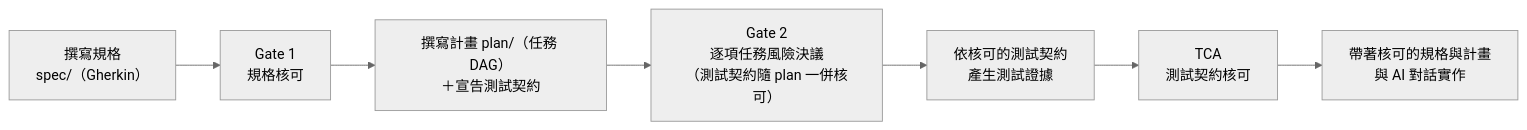
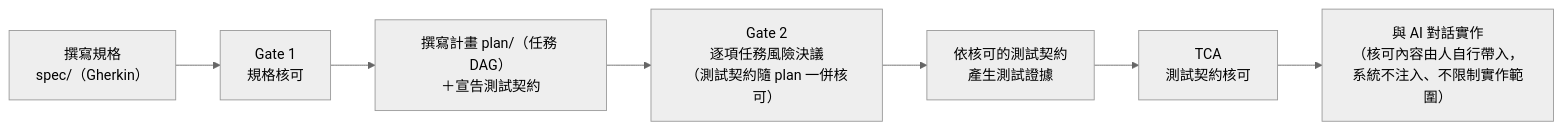
Before and after one commit to slam0504/ai-software-engineering: the first of 3 diagrams in README.md, drawn with Mermaid (neutral theme). The commit also changed other lines of this file, not shown here.

First line of the commit message:
docs(readme): 補 Enforcement 邊界說明、修流程圖暗示與 replay index 損壞描述

````diff
--- a/README.md
+++ b/README.md
@@ -59,9 +64,9 @@
 ```mermaid
 flowchart LR
   spec["撰寫規格<br/>spec/（Gherkin）"] --> g1["Gate 1<br/>規格核可"]
   g1 --> plan["撰寫計畫 plan/（任務 DAG）<br/>＋宣告測試契約"]
   plan --> g2["Gate 2<br/>逐項任務風險決議<br/>（測試契約隨 plan 一併核可）"]
   g2 --> tc["依核可的測試契約<br/>產生測試證據"]
   tc --> tca["TCA<br/>測試契約核可"]
-  tca --> impl["帶著核可的規格與計畫<br/>與 AI 對話實作"]
+  tca --> impl["與 AI 對話實作<br/>（核可內容由人自行帶入，<br/>系統不注入、不限制實作範圍）"]
 ```
````
